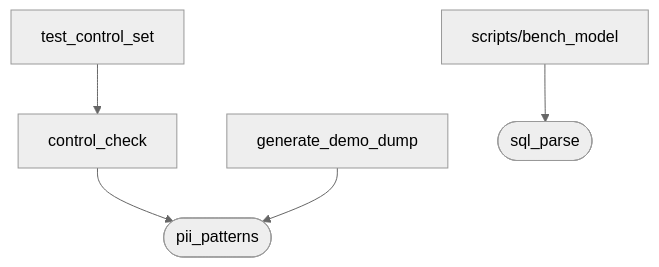
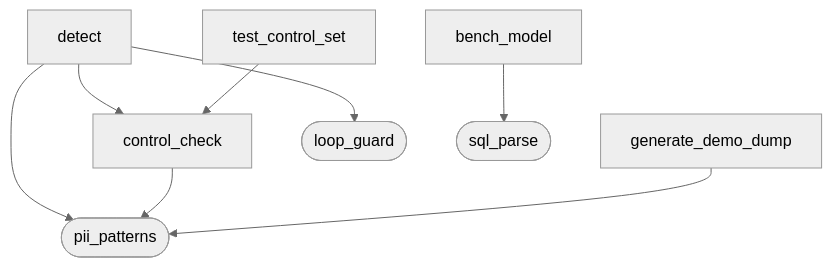
Before and after one commit to Andrey-Ostapenko/rusal-sanitizer: the second of 3 diagrams in README.md, drawn with Mermaid (neutral theme). The commit also changed other lines of this file and 3 other files, not shown here.

````diff
--- a/README.md
+++ b/README.md
@@ -196,14 +193,19 @@
 ```mermaid
 graph TD
+    detect["detect"]
     test["test_control_set"]
     control["control_check"]
     gen["generate_demo_dump"]
-    bench["scripts/bench_model"]
+    bench["bench_model"]
+    guard(["loop_guard"])
     pii2(["pii_patterns"])
     parse2(["sql_parse"])
 
+    detect --> control
+    detect --> guard
+    detect --> pii2
     test --> control
     control --> pii2
     gen --> pii2
     bench --> parse2
 ```
````
